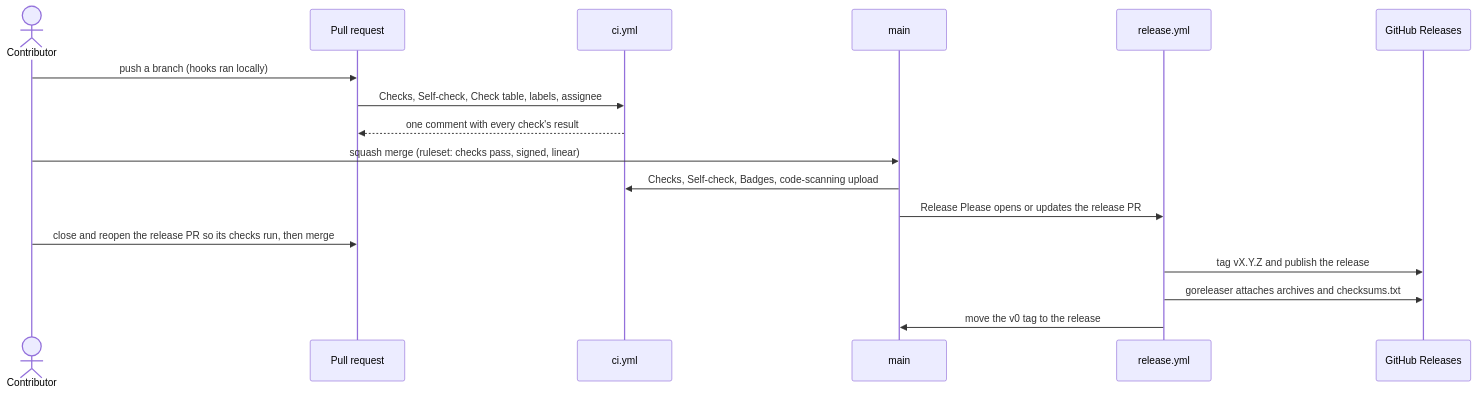
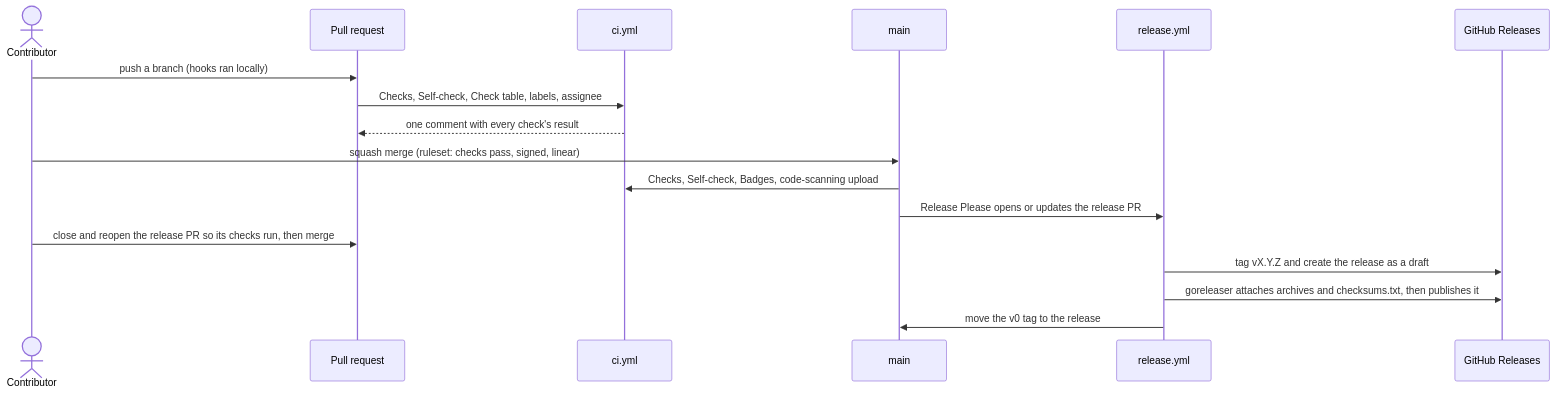
One commit to jimmykurian/ci-parity changed the third of 3 diagrams in docs/architecture/flows.md. Above: the diagram before and after it, drawn with Mermaid. The commit also changed 3 other files, not shown here.

First line of the commit message:
ci: publish releases only once their archives are attached (#66)

````diff
--- a/docs/architecture/flows.md
+++ b/docs/architecture/flows.md
@@ -61,19 +61,19 @@
 ```mermaid
 sequenceDiagram
     actor Dev as Contributor
     participant PR as Pull request
     participant CI as ci.yml
     participant Main as main
     participant RP as release.yml
     participant GH as GitHub Releases
     Dev->>PR: push a branch (hooks ran locally)
     PR->>CI: Checks, Self-check, Check table, labels, assignee
     CI-->>PR: one comment with every check's result
     Dev->>Main: squash merge (ruleset: checks pass, signed, linear)
     Main->>CI: Checks, Self-check, Badges, code-scanning upload
     Main->>RP: Release Please opens or updates the release PR
     Dev->>PR: close and reopen the release PR so its checks run, then merge
-    RP->>GH: tag vX.Y.Z and publish the release
-    RP->>GH: goreleaser attaches archives and checksums.txt
+    RP->>GH: tag vX.Y.Z and create the release as a draft
+    RP->>GH: goreleaser attaches archives and checksums.txt, then publishes it
     RP->>Main: move the v0 tag to the release
 ```
````
